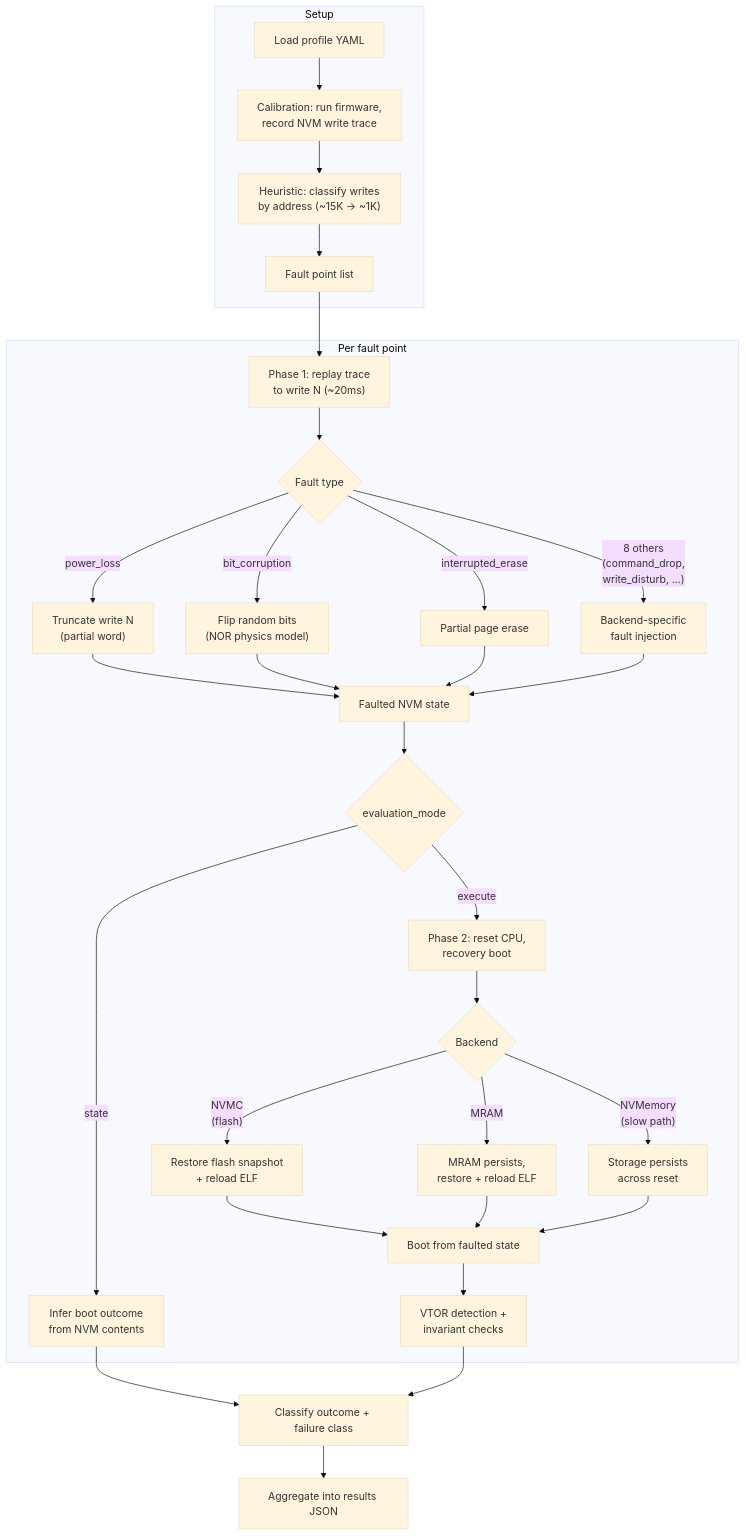
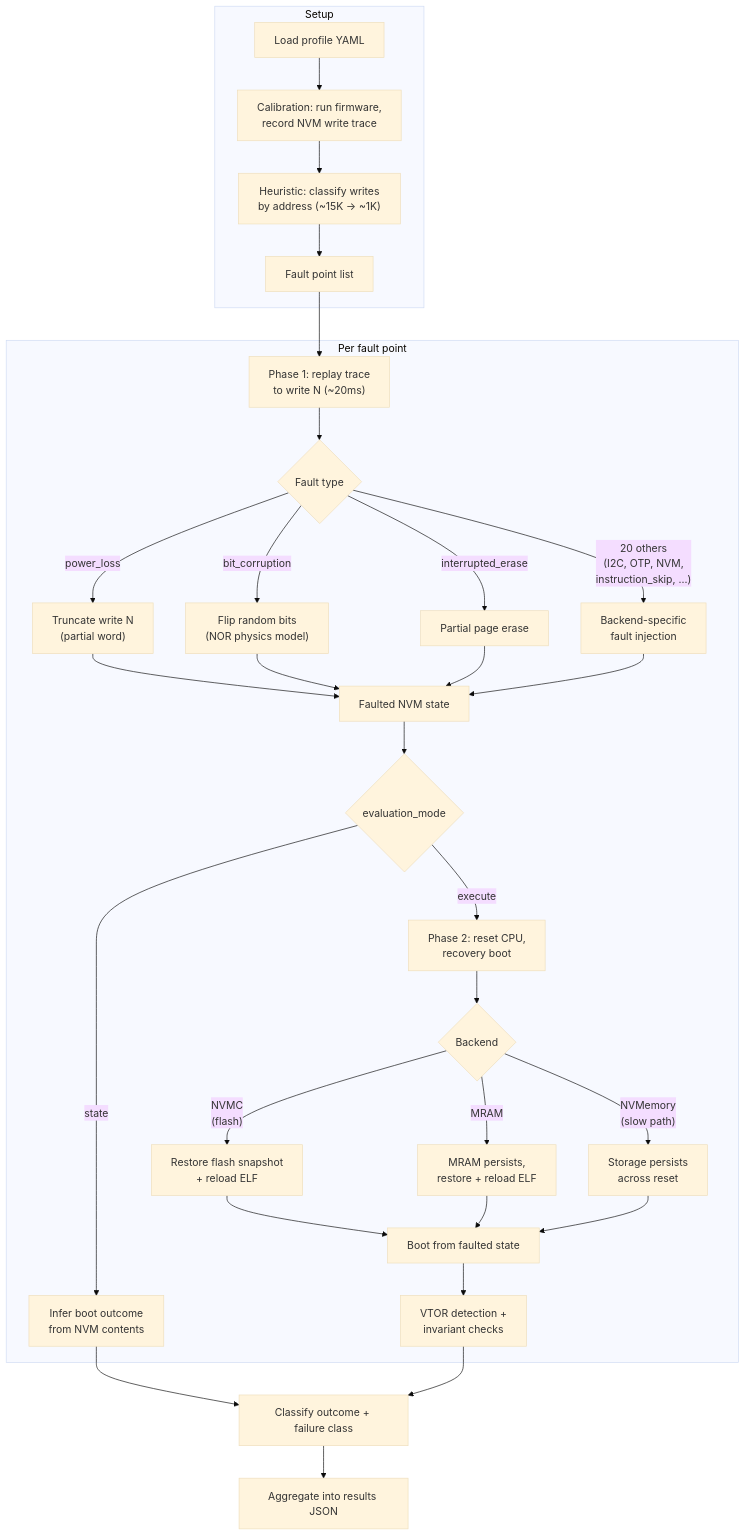
One commit to neilberkman/tardigrade changed the diagram in README.md. Above: the diagram before and after it, drawn with Mermaid (base theme). The commit also changed other lines of this file and 3 other files, not shown here.

````diff
--- a/README.md
+++ b/README.md
@@ -88,42 +88,42 @@
 ```mermaid
 flowchart TD
     subgraph setup["Setup"]
         A["Load profile YAML"] --> B["Calibration: run firmware,<br/>record NVM write trace"]
         B --> C["Heuristic: classify writes<br/>by address (~15K → ~1K)"]
         C --> D["Fault point list"]
     end
 
     D --> E
 
     subgraph pf["Per fault point"]
         E["Phase 1: replay trace<br/>to write N (~20ms)"] --> F{"Fault type"}
         F -->|power_loss| G["Truncate write N<br/>(partial word)"]
         F -->|bit_corruption| H["Flip random bits<br/>(NOR physics model)"]
         F -->|interrupted_erase| I["Partial page erase"]
-        F -->|"8 others<br/>(command_drop,<br/>write_disturb, ...)"| J["Backend-specific<br/>fault injection"]
+        F -->|"20 others<br/>(I2C, OTP, NVM,<br/>instruction_skip, ...)"| J["Backend-specific<br/>fault injection"]
 
         G --> K["Faulted NVM state"]
         H --> K
         I --> K
         J --> K
 
         K --> L{"evaluation_mode"}
 
         L -->|state| M["Infer boot outcome<br/>from NVM contents"]
         L -->|execute| N["Phase 2: reset CPU,<br/>recovery boot"]
 
         N --> O{"Backend"}
         O -->|"NVMC<br/>(flash)"| P["Restore flash snapshot<br/>+ reload ELF"]
         O -->|"MRAM"| Q["MRAM persists,<br/>restore + reload ELF"]
         O -->|"NVMemory<br/>(slow path)"| R["Storage persists<br/>across reset"]
 
         P --> S["Boot from faulted state"]
         Q --> S
         R --> S
         S --> T["VTOR detection +<br/>invariant checks"]
     end
 
     M --> U
     T --> U
     U["Classify outcome + failure class"] --> V["Aggregate into results JSON"]
 ```
````
